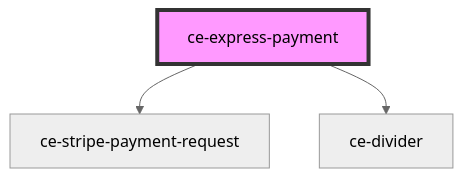
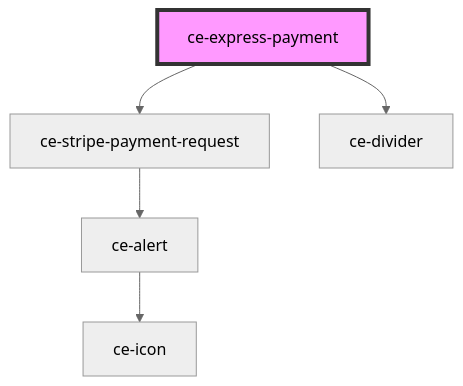
The diagram in packages/components/src/components/controllers/express-payment/readme.md (surecart/surecart-wp-plugin), drawn with Mermaid (neutral theme) before and after one commit. The commit also changed other lines of this file and 118 other files, not shown here.

````diff
--- a/packages/components/src/components/controllers/express-payment/readme.md
+++ b/packages/components/src/components/controllers/express-payment/readme.md
@@ -26,6 +27,8 @@
 ```mermaid
 graph TD;
   ce-express-payment --> ce-stripe-payment-request
   ce-express-payment --> ce-divider
+  ce-stripe-payment-request --> ce-alert
+  ce-alert --> ce-icon
   style ce-express-payment fill:#f9f,stroke:#333,stroke-width:4px
 ```
````
